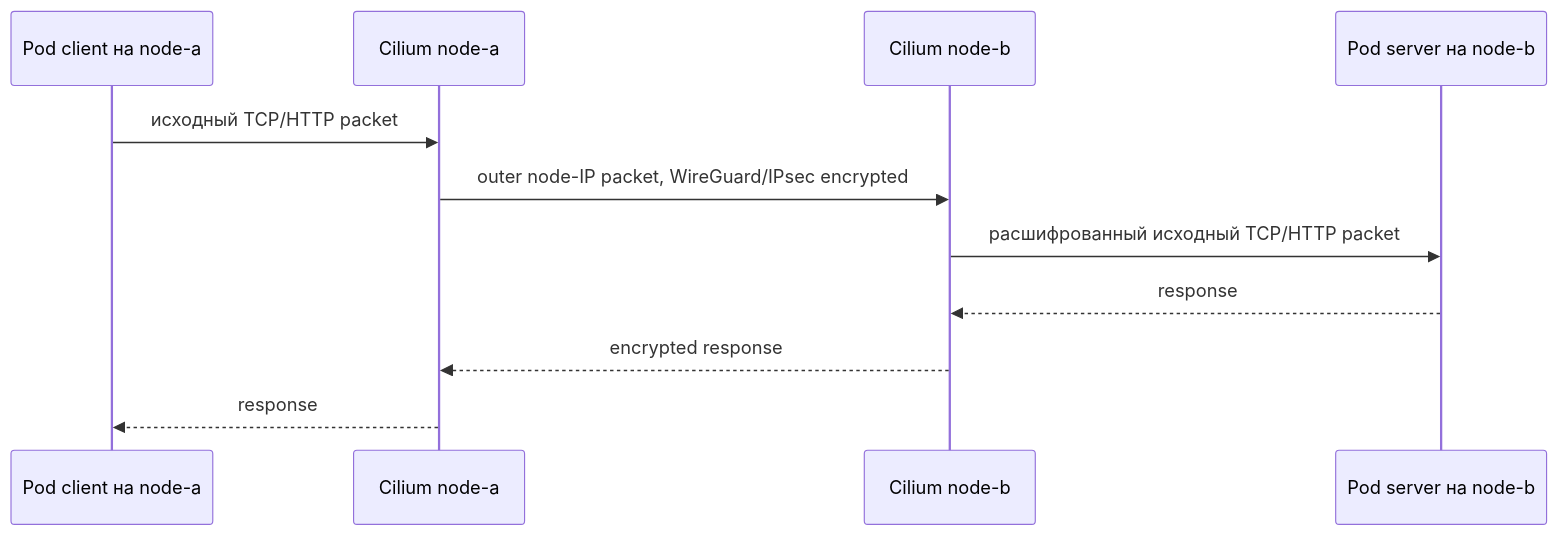
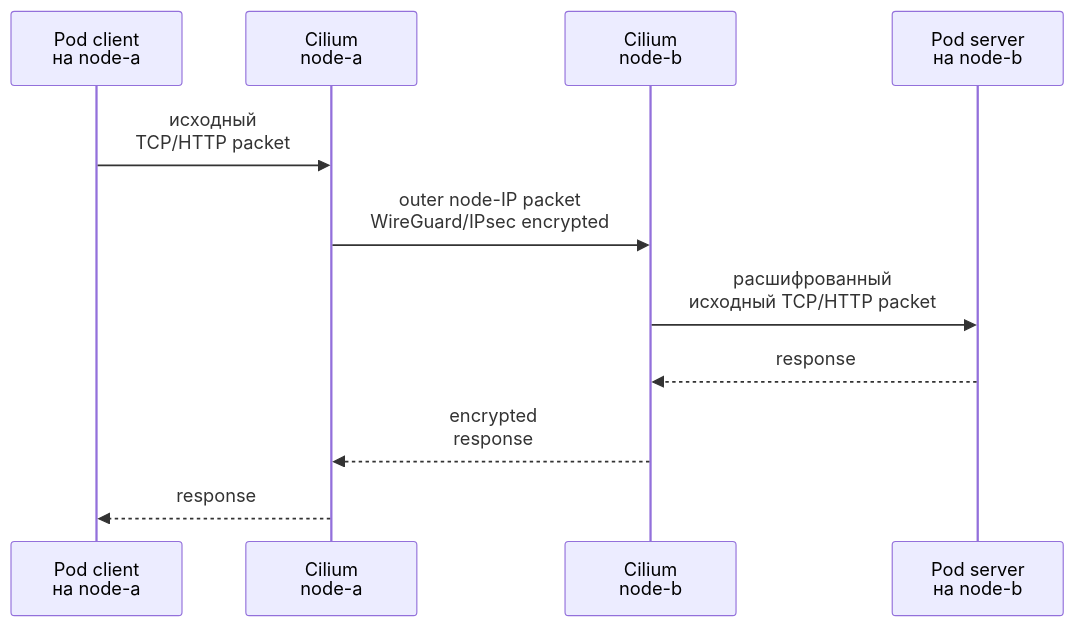
The second of 3 diagrams in tasks/cks/course/23/ru.md (ViktorUJ/cks), drawn with Mermaid before and after one commit. The commit also changed other lines of this file and 6 other files, not shown here.

````diff
--- a/tasks/cks/course/23/ru.md
+++ b/tasks/cks/course/23/ru.md
@@ -124,13 +134,13 @@
 ```mermaid
 sequenceDiagram
-    participant A as Pod client на node-a
-    participant CA as Cilium node-a
-    participant CB as Cilium node-b
-    participant B as Pod server на node-b
-    A->>CA: исходный TCP/HTTP packet
-    CA->>CB: outer node-IP packet, WireGuard/IPsec encrypted
-    CB->>B: расшифрованный исходный TCP/HTTP packet
+    participant A as Pod client<br/>на node-a
+    participant CA as Cilium<br/>node-a
+    participant CB as Cilium<br/>node-b
+    participant B as Pod server<br/>на node-b
+    A->>CA: исходный<br/>TCP/HTTP packet
+    CA->>CB: outer node-IP packet<br/>WireGuard/IPsec encrypted
+    CB->>B: расшифрованный<br/>исходный TCP/HTTP packet
     B-->>CB: response
-    CB-->>CA: encrypted response
+    CB-->>CA: encrypted<br/>response
     CA-->>A: response
 ```
````
